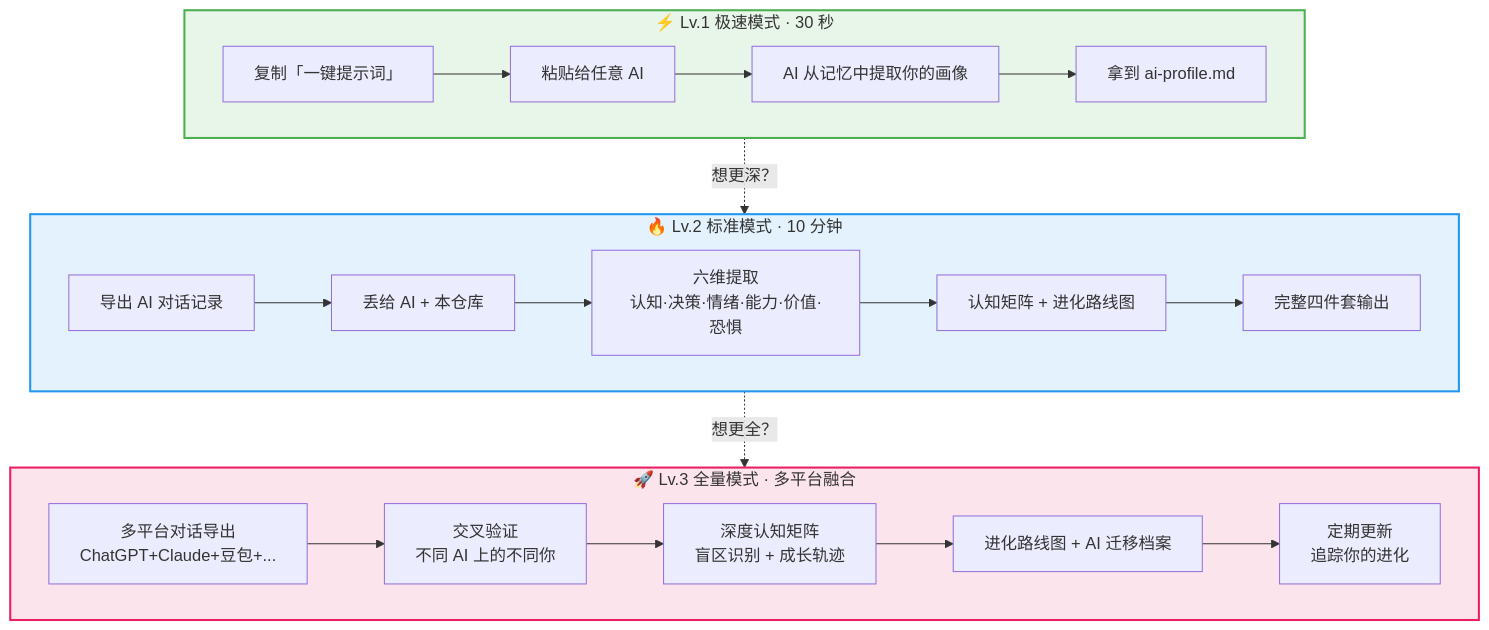
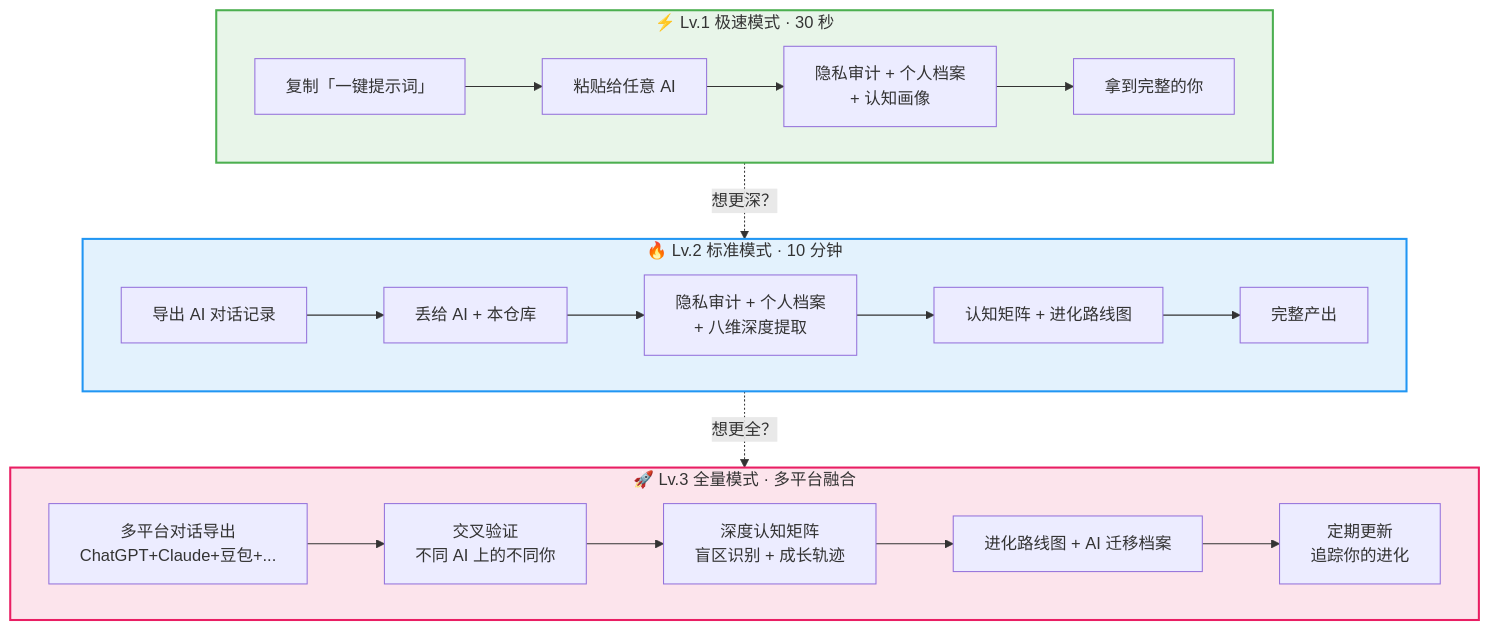
Before and after one commit to agenmod/mirror-skill: the first of 3 diagrams in README.md, drawn with Mermaid. The commit also changed other lines of this file and 1 other file, not shown here.

````diff
--- a/README.md
+++ b/README.md
@@ -169,29 +218,29 @@
 ```mermaid
 flowchart TB
     subgraph LV1["⚡ Lv.1 极速模式 · 30 秒"]
         A1["复制「一键提示词」"] --> A2["粘贴给任意 AI"]
-        A2 --> A3["AI 从记忆中提取你的画像"]
-        A3 --> A4["拿到 ai-profile.md"]
+        A2 --> A3["隐私审计 + 个人档案\n+ 认知画像"]
+        A3 --> A4["拿到完整的你"]
     end
 
     subgraph LV2["🔥 Lv.2 标准模式 · 10 分钟"]
         B1["导出 AI 对话记录"] --> B2["丢给 AI + 本仓库"]
-        B2 --> B3["六维提取\n认知·决策·情绪·能力·价值·恐惧"]
+        B2 --> B3["隐私审计 + 个人档案\n+ 八维深度提取"]
         B3 --> B4["认知矩阵 + 进化路线图"]
-        B4 --> B5["完整四件套输出"]
+        B4 --> B5["完整产出"]
     end
 
     subgraph LV3["🚀 Lv.3 全量模式 · 多平台融合"]
         C1["多平台对话导出\nChatGPT+Claude+豆包+..."] --> C2["交叉验证\n不同 AI 上的不同你"]
         C2 --> C3["深度认知矩阵\n盲区识别 + 成长轨迹"]
         C3 --> C4["进化路线图 + AI 迁移档案"]
         C4 --> C5["定期更新\n追踪你的进化"]
     end
 
     LV1 -.->|"想更深？"| LV2
     LV2 -.->|"想更全？"| LV3
 
     style LV1 fill:#e8f5e9,stroke:#4caf50,stroke-width:2px
     style LV2 fill:#e3f2fd,stroke:#2196f3,stroke-width:2px
     style LV3 fill:#fce4ec,stroke:#e91e63,stroke-width:2px
 ```
````
